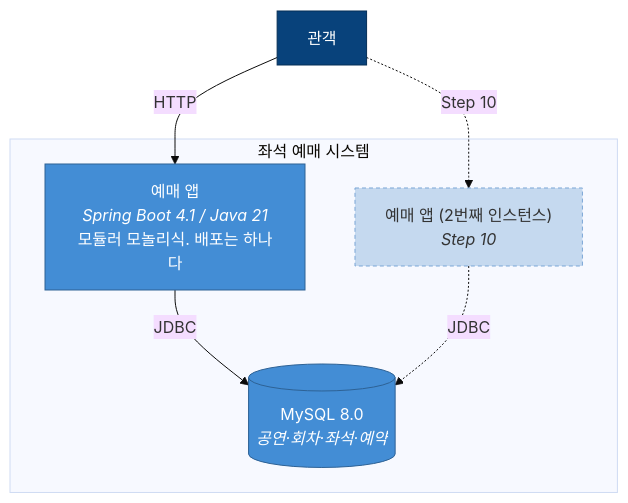
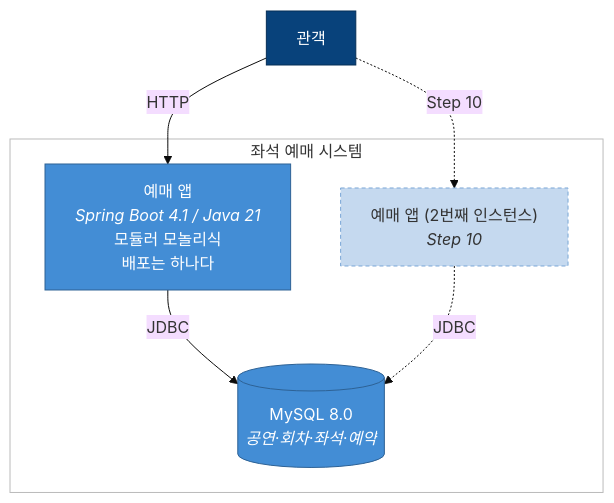
The second of 3 diagrams in ai_docs/ARCHITECTURE.md (xoruddl/ticketing), drawn with Mermaid (base theme) before and after one commit. The commit also changed other lines of this file, not shown here.

Commit message:
docs: 다이어그램의 배경색과 줄바꿈을 고친다

````diff
--- a/ai_docs/ARCHITECTURE.md
+++ b/ai_docs/ARCHITECTURE.md
@@ -49,24 +49,26 @@
 ```mermaid
 flowchart TB
     관객["관객"]
 
     subgraph 예매시스템["좌석 예매 시스템"]
-        앱["예매 앱<br/><i>Spring Boot 4.1 / Java 21</i><br/>모듈러 모놀리식. 배포는 하나다"]
+        앱["예매 앱<br/><i>Spring Boot 4.1 / Java 21</i><br/>모듈러 모놀리식<br/>배포는 하나다"]
         앱2["예매 앱 (2번째 인스턴스)<br/><i>Step 10</i>"]
         DB[("MySQL 8.0<br/><i>공연·회차·좌석·예약</i>")]
     end
 
     관객 -->|"HTTP"| 앱
     관객 -.->|"Step 10"| 앱2
     앱 -->|"JDBC"| DB
     앱2 -.->|"JDBC"| DB
 
     classDef person fill:#08427b,stroke:#052e56,color:#fff
     classDef container fill:#438dd5,stroke:#2e6295,color:#fff
     classDef planned fill:#c5d9ef,stroke:#7aa6d6,color:#333,stroke-dasharray:4 3
     classDef db fill:#438dd5,stroke:#2e6295,color:#fff
     class 관객 person
     class 앱 container
     class DB db
     class 앱2 planned
+    %% subgraph는 기본 배경색이 있어, 안쪽 상자의 색 구분을 흐리지 않게 비운다
+    style 예매시스템 fill:#fff,stroke:#bbb,color:#333
 ```
````
